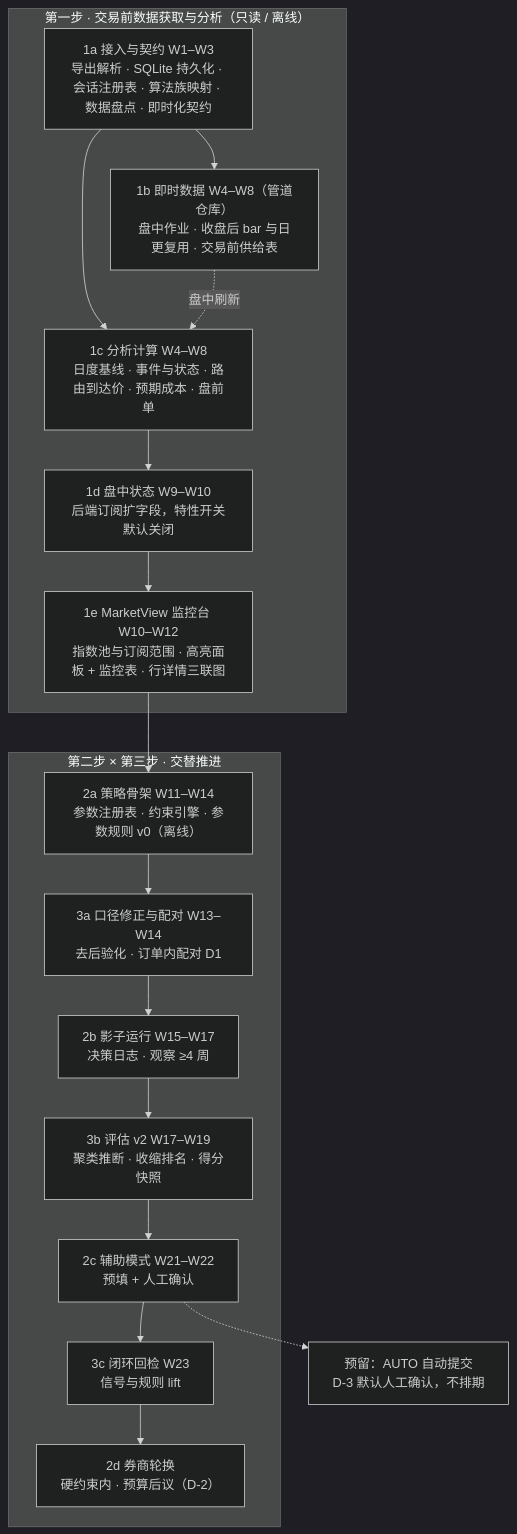
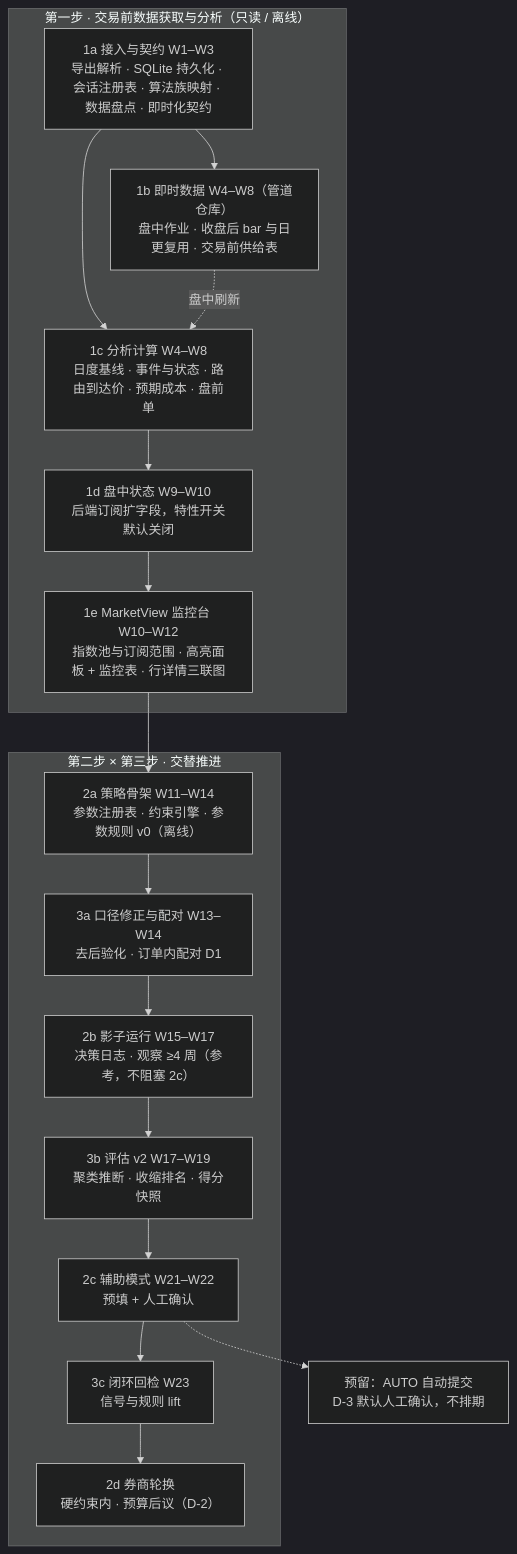
The second of 2 diagrams in specs/057-execution-decision-loop/plan.md (HRLoveFun/EMSXView), drawn with Mermaid (dark theme) before and after one commit. The commit also changed other lines of this file and 17 other files, not shown here.

````diff
--- a/specs/057-execution-decision-loop/plan.md
+++ b/specs/057-execution-decision-loop/plan.md
@@ -343,25 +343,25 @@
 ```mermaid
 flowchart TD
     subgraph S1["第一步 · 交易前数据获取与分析（只读 / 离线）"]
         A["1a 接入与契约 W1–W3<br>导出解析 · SQLite 持久化 · 会话注册表 · 算法族映射 · 数据盘点 · 即时化契约"]
         B["1b 即时数据 W4–W8（管道仓库）<br>盘中作业 · 收盘后 bar 与日更复用 · 交易前供给表"]
         C["1c 分析计算 W4–W8<br>日度基线 · 事件与状态 · 路由到达价 · 预期成本 · 盘前单"]
         E1["1d 盘中状态 W9–W10<br>后端订阅扩字段，特性开关默认关闭"]
         E2["1e MarketView 监控台 W10–W12<br>指数池与订阅范围 · 高亮面板 + 监控表 · 行详情三联图"]
         A --> B
         A --> C
         B -.->|盘中刷新| C
         C --> E1
         E1 --> E2
     end
     subgraph S23["第二步 × 第三步 · 交替推进"]
         D["2a 策略骨架 W11–W14<br>参数注册表 · 约束引擎 · 参数规则 v0（离线）"] --> E["3a 口径修正与配对 W13–W14<br>去后验化 · 订单内配对 D1"]
-        E --> F["2b 影子运行 W15–W17<br>决策日志 · 观察 ≥4 周"]
+        E --> F["2b 影子运行 W15–W17<br>决策日志 · 观察 ≥4 周（参考，不阻塞 2c）"]
         F --> G["3b 评估 v2 W17–W19<br>聚类推断 · 收缩排名 · 得分快照"]
         G --> H["2c 辅助模式 W21–W22<br>预填 + 人工确认"]
         H --> I["3c 闭环回检 W23<br>信号与规则 lift"]
         I --> J["2d 券商轮换<br>硬约束内 · 预算后议（D-2）"]
     end
     E2 --> D
     H -.-> K["预留：AUTO 自动提交<br>D-3 默认人工确认，不排期"]
 ```
````
